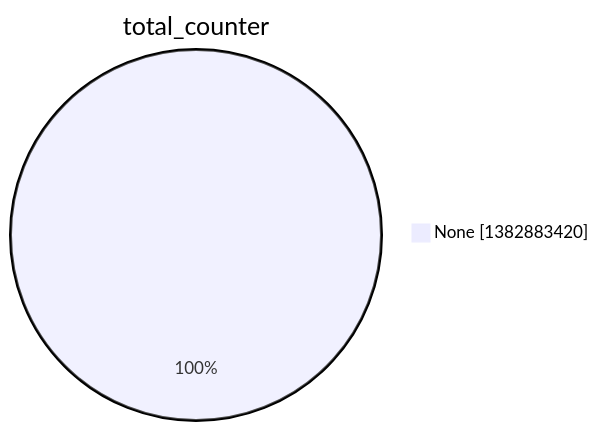
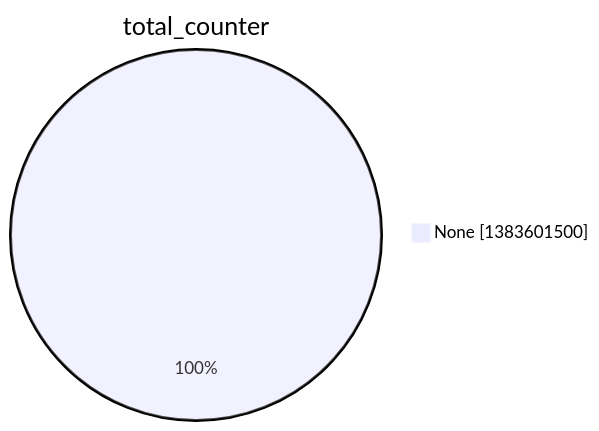
One commit to christiankrug/ctmonitor_visualization changed the second of 15 diagrams in argon2022/README.md. Above: the diagram before and after it, drawn with Mermaid. The commit also changed other lines of this file, not shown here.

````diff
--- a/argon2022/README.md
+++ b/argon2022/README.md
@@ -9,5 +9,5 @@
 ```mermaid
 pie showData
 title total_counter
-"None" :1382883420
+"None" :1383601500
 ```
````
